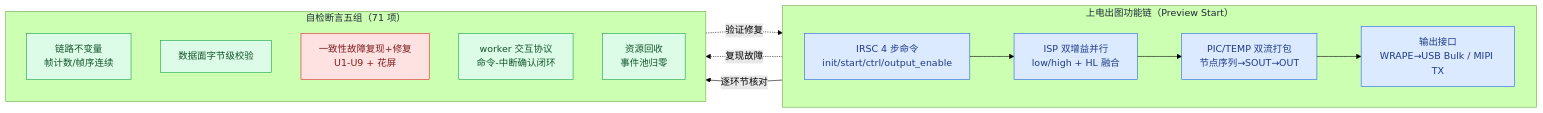
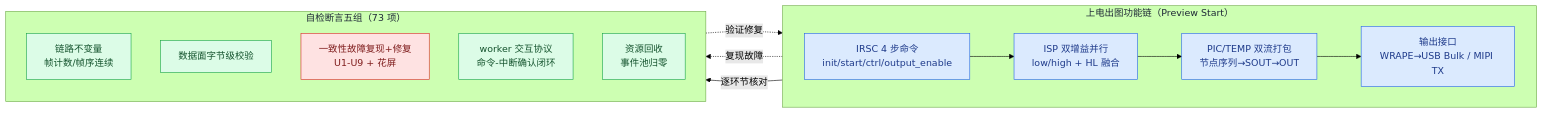
One commit to DeguiLiu/coact changed the diagram in docs/example_ISP_pipeline_functional_test_report_zh.md. Above: the diagram before and after it, drawn with Mermaid (forest theme). The commit also changed other lines of this file and 10 other files, not shown here.

````diff
--- a/docs/example_ISP_pipeline_functional_test_report_zh.md
+++ b/docs/example_ISP_pipeline_functional_test_report_zh.md
@@ -7,25 +9,25 @@
 ```mermaid
 flowchart LR
     subgraph BOOT["上电出图功能链（Preview Start）"]
         direction LR
         A1["IRSC 4 步命令<br/>init/start/ctrl/output_enable"]:::f1 --> A2["ISP 双增益并行<br/>low/high + HL 融合"]:::f1
         A2 --> A3["PIC/TEMP 双流打包<br/>节点序列→SOUT→OUT"]:::f1
         A3 --> A4["输出接口<br/>WRAPE→USB Bulk / MIPI TX"]:::f1
     end
-    subgraph ASSERT["自检断言五组（71 项）"]
+    subgraph ASSERT["自检断言五组（73 项）"]
         direction TB
         B1["链路不变量<br/>帧计数/帧序连续"]:::f2
         B2["数据面字节级校验"]:::f2
         B3["一致性故障复现+修复<br/>U1-U9 + 花屏"]:::f3
         B4["worker 交互协议<br/>命令-中断确认闭环"]:::f2
         B5["资源回收<br/>事件池归零"]:::f2
     end
     BOOT -->|"逐环节核对"| ASSERT
     A3 -.->|"复现故障"| B3
     B3 -.->|"验证修复"| A3
     classDef f1 fill:#dbeafe,stroke:#2563eb,color:#1e3a8a
     classDef f2 fill:#dcfce7,stroke:#16a34a,color:#14532d
     classDef f3 fill:#fee2e2,stroke:#dc2626,color:#7f1d1d
     style BOOT color:#1f2937
     style ASSERT color:#1f2937
 ```
````
